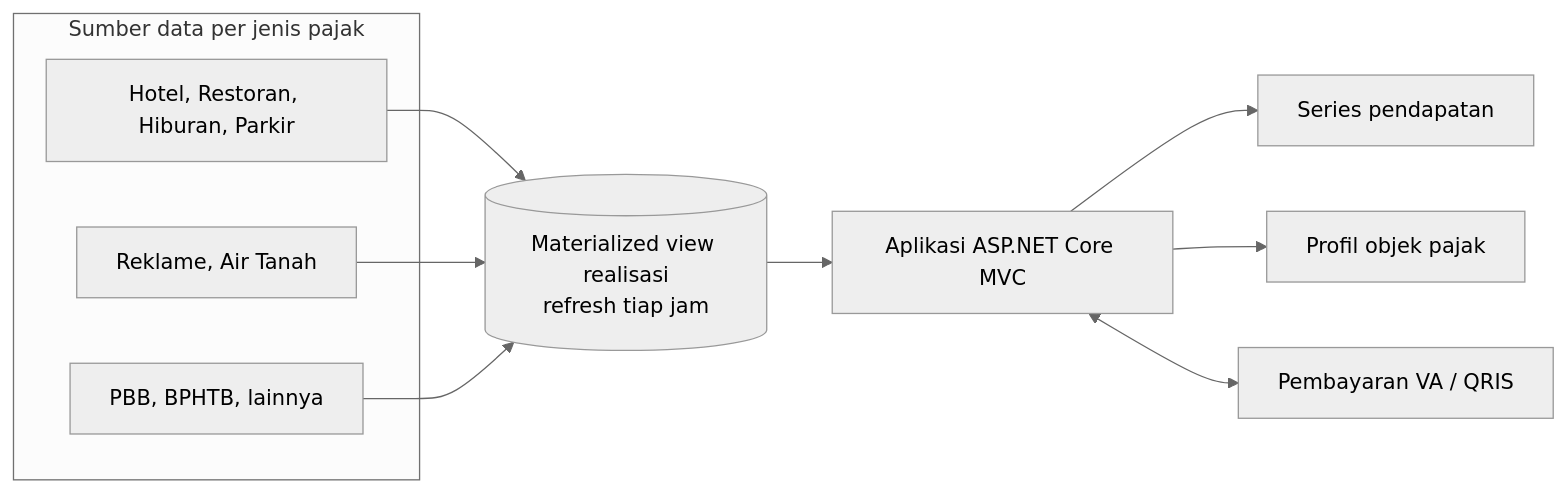
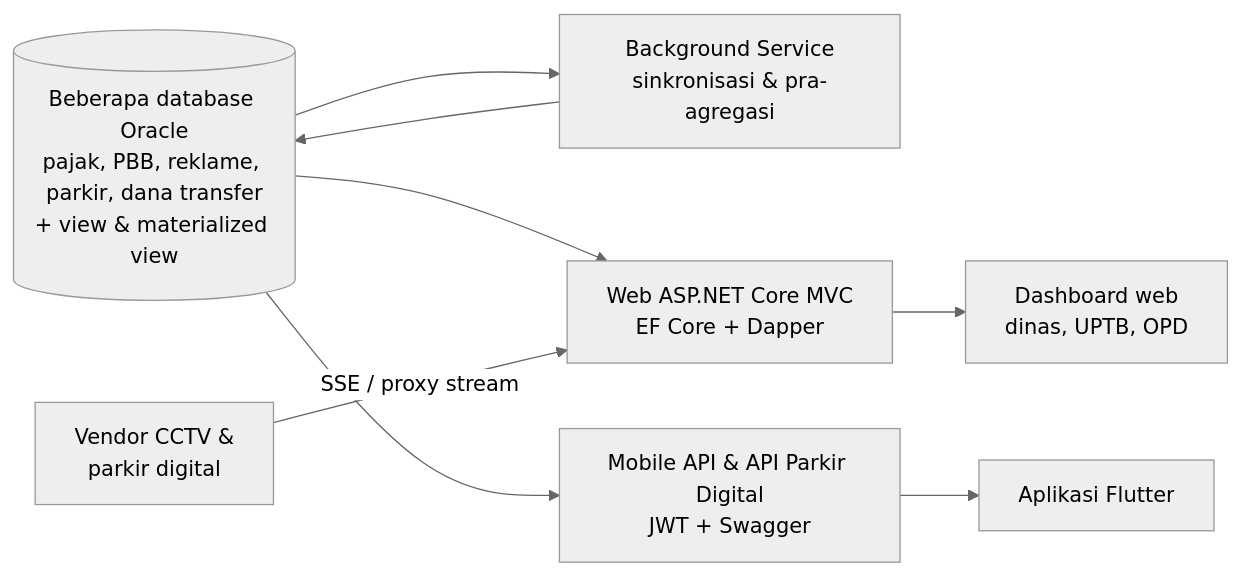
One commit to RaflyRoyan/rhr-portfolio changed the diagram in src/content/projects/monpd.md. Above: the diagram before and after it, drawn with Mermaid (neutral theme). The commit also changed other lines of this file and 35 other files, not shown here.

First line of the commit message:
feat(content): rewrite MonPD and add MonPD background service

````diff
--- a/src/content/projects/monpd.md
+++ b/src/content/projects/monpd.md
@@ -48,20 +57,17 @@
 ```mermaid
 flowchart LR
-  subgraph Sumber["Sumber data per jenis pajak"]
-    S1["Hotel, Restoran, Hiburan, Parkir"]
-    S2["Reklame, Air Tanah"]
-    S3["PBB, BPHTB, lainnya"]
-  end
-  MV[("Materialized view realisasi<br/>refresh tiap jam")]
-  APP["Aplikasi ASP.NET Core MVC"]
-  D1["Series pendapatan"]
-  D2["Profil objek pajak"]
-  PAY["Pembayaran VA / QRIS"]
-  S1 --> MV
-  S2 --> MV
-  S3 --> MV
-  MV --> APP
-  APP --> D1
-  APP --> D2
-  APP <--> PAY
+  SRC[("Beberapa database Oracle<br/>pajak, PBB, reklame, parkir, dana transfer<br/>+ view & materialized view")]
+  WK["Background Service<br/>sinkronisasi & pra-agregasi"]
+  WEB["Web ASP.NET Core MVC<br/>EF Core + Dapper"]
+  API["Mobile API & API Parkir Digital<br/>JWT + Swagger"]
+  CCTV["Vendor CCTV &<br/>parkir digital"]
+  U1["Dashboard web<br/>dinas, UPTB, OPD"]
+  U2["Aplikasi Flutter"]
+  SRC --> WK
+  WK --> SRC
+  SRC --> WEB
+  SRC --> API
+  CCTV -->|SSE / proxy stream| WEB
+  WEB --> U1
+  API --> U2
 ```
````
